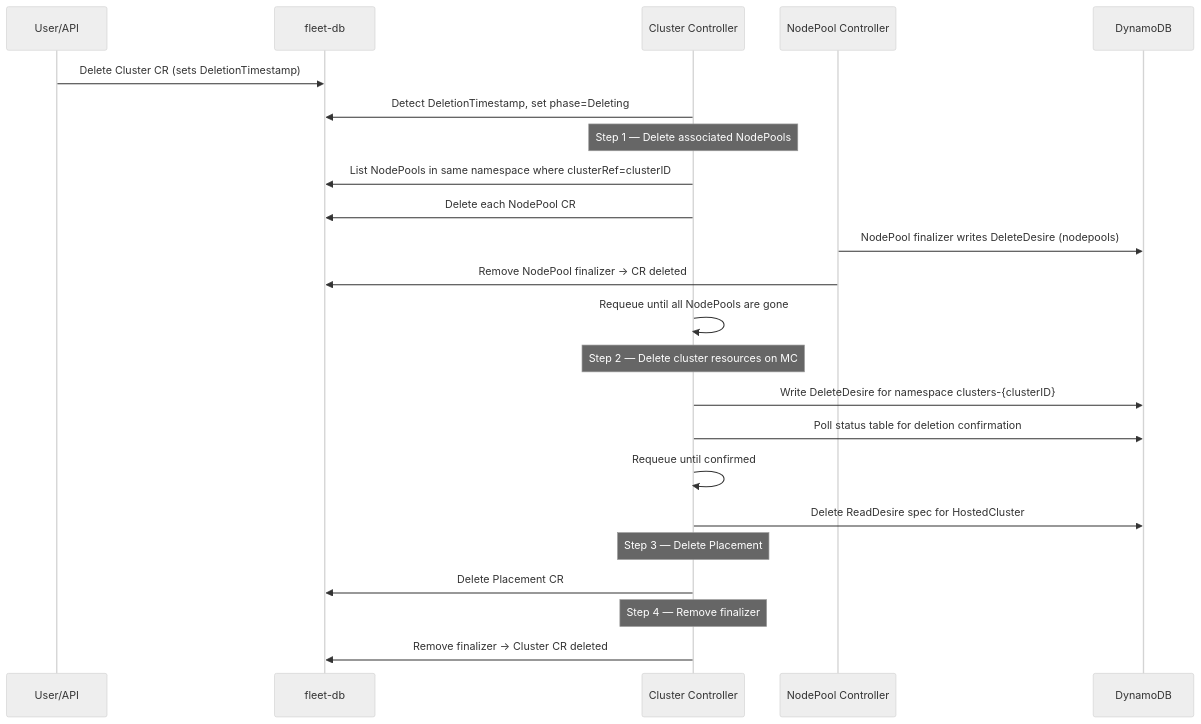
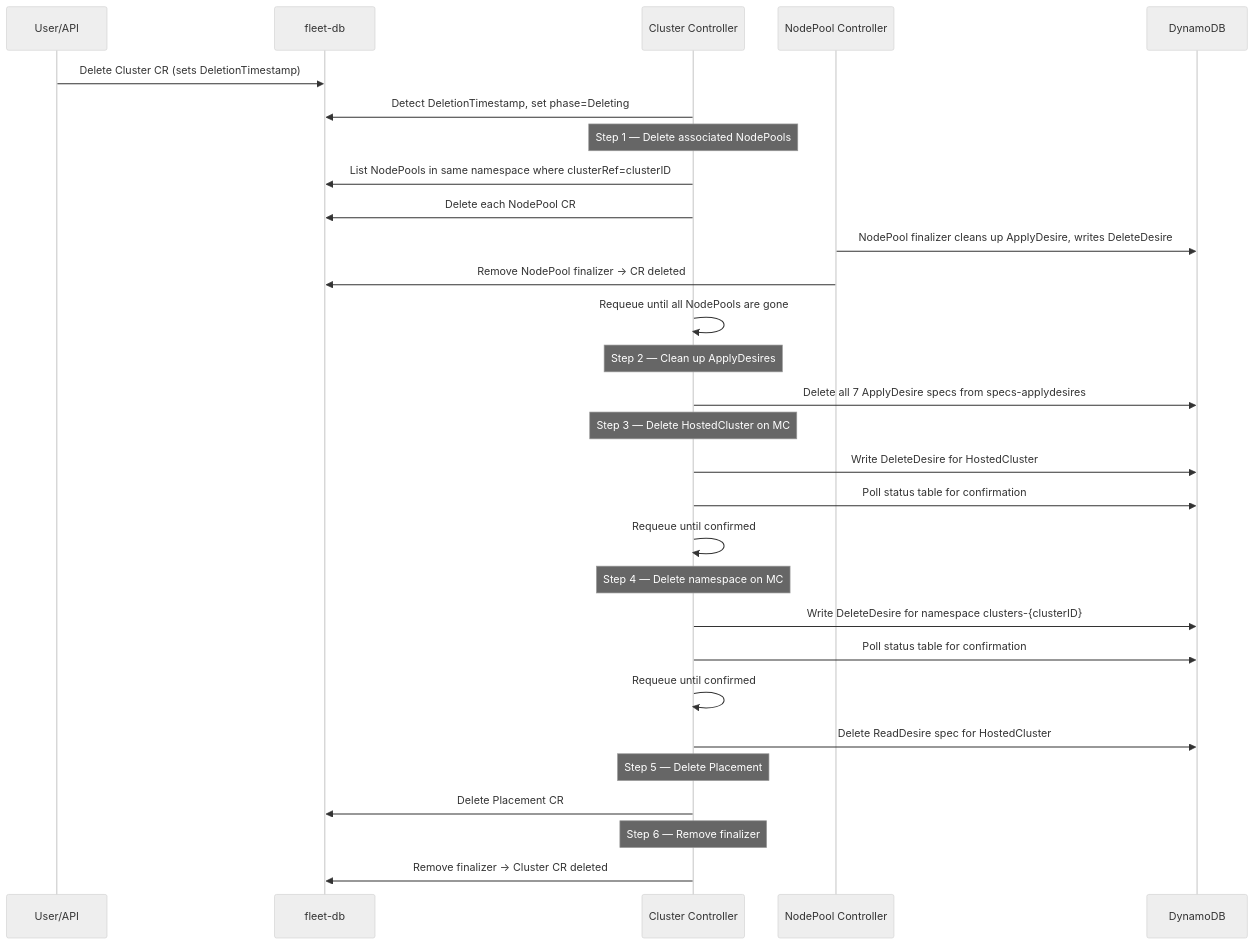
The second of 2 diagrams in docs/cluster-controller.md (typeid/hyperfleet-operator), drawn with Mermaid (neutral theme) before and after one commit. The commit also changed other lines of this file and 12 other files, not shown here.

First line of the commit message:
fix: clean up ApplyDesires before DeleteDesires and order cluster deletion

````diff
--- a/docs/cluster-controller.md
+++ b/docs/cluster-controller.md
@@ -78,30 +78,38 @@
 ```mermaid
 sequenceDiagram
     participant User as User/API
     participant FDB as fleet-db
     participant CC as Cluster Controller
     participant NPC as NodePool Controller
     participant DDB as DynamoDB
 
     User->>FDB: Delete Cluster CR (sets DeletionTimestamp)
     CC->>FDB: Detect DeletionTimestamp, set phase=Deleting
 
     Note over CC: Step 1 — Delete associated NodePools
     CC->>FDB: List NodePools in same namespace where clusterRef=clusterID
     CC->>FDB: Delete each NodePool CR
-    NPC->>DDB: NodePool finalizer writes DeleteDesire (nodepools)
+    NPC->>DDB: NodePool finalizer cleans up ApplyDesire, writes DeleteDesire
     NPC->>FDB: Remove NodePool finalizer → CR deleted
     CC->>CC: Requeue until all NodePools are gone
 
-    Note over CC: Step 2 — Delete cluster resources on MC
+    Note over CC: Step 2 — Clean up ApplyDesires
+    CC->>DDB: Delete all 7 ApplyDesire specs from specs-applydesires
+
+    Note over CC: Step 3 — Delete HostedCluster on MC
+    CC->>DDB: Write DeleteDesire for HostedCluster
+    CC->>DDB: Poll status table for confirmation
+    CC->>CC: Requeue until confirmed
+
+    Note over CC: Step 4 — Delete namespace on MC
     CC->>DDB: Write DeleteDesire for namespace clusters-{clusterID}
-    CC->>DDB: Poll status table for deletion confirmation
+    CC->>DDB: Poll status table for confirmation
     CC->>CC: Requeue until confirmed
     CC->>DDB: Delete ReadDesire spec for HostedCluster
 
-    Note over CC: Step 3 — Delete Placement
+    Note over CC: Step 5 — Delete Placement
     CC->>FDB: Delete Placement CR
 
-    Note over CC: Step 4 — Remove finalizer
+    Note over CC: Step 6 — Remove finalizer
     CC->>FDB: Remove finalizer → Cluster CR deleted
 ```
````
